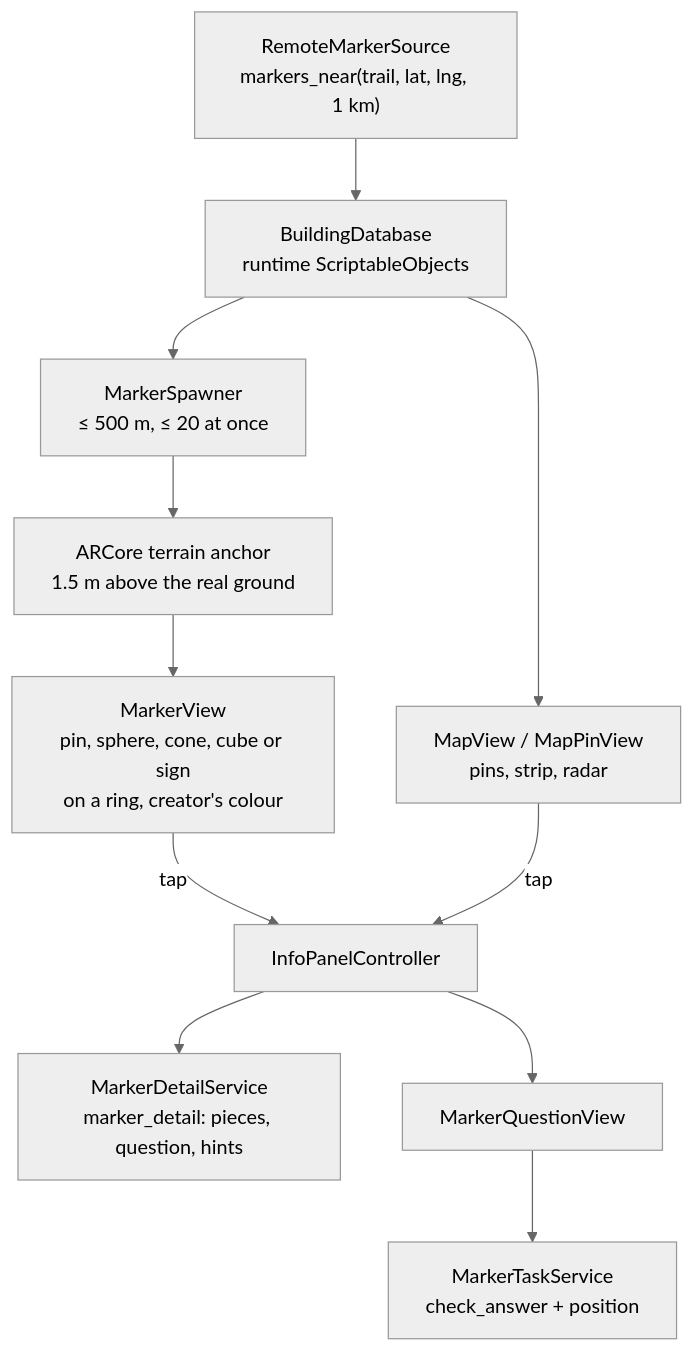
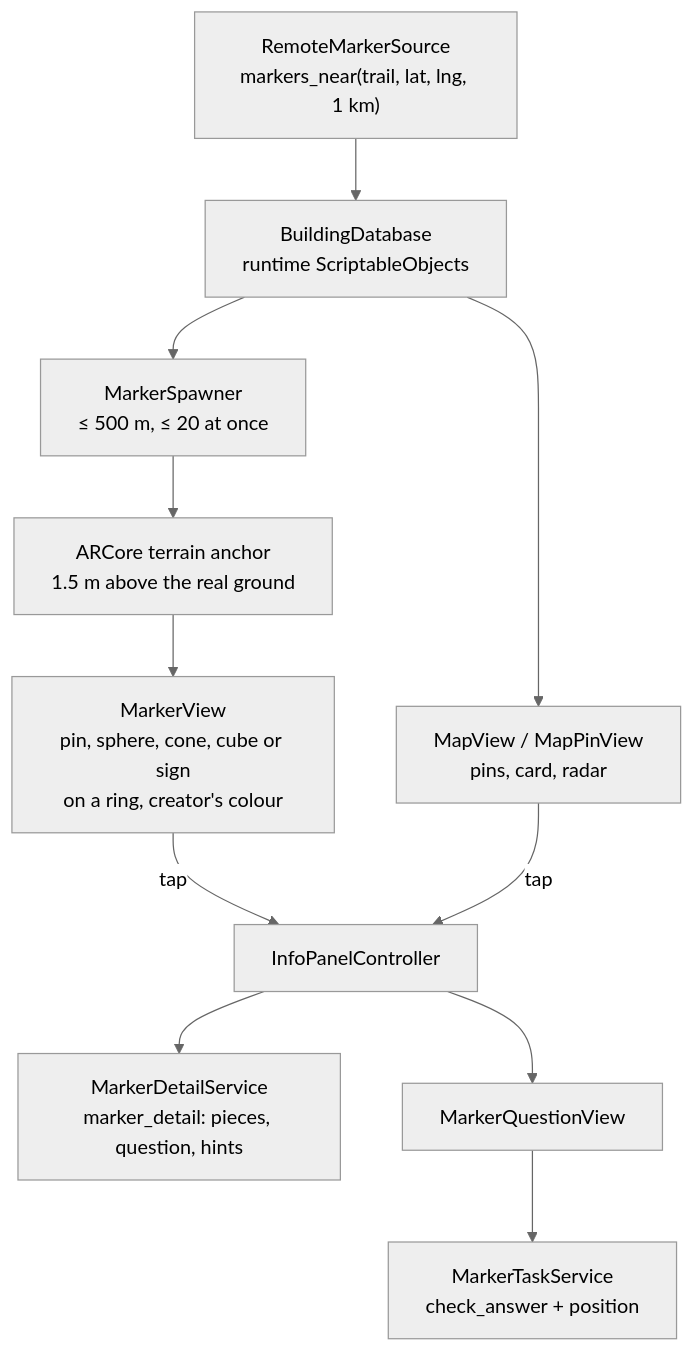
Before and after one commit to ZalexZal/meARc: the second of 2 diagrams in README.md, drawn with Mermaid (neutral theme). The commit also changed other lines of this file and 8 other files, not shown here.

````diff
--- a/README.md
+++ b/README.md
@@ -321,13 +347,13 @@
 ```mermaid
 flowchart TD
     RMS["RemoteMarkerSource<br/>markers_near(trail, lat, lng, 1 km)"] --> BD["BuildingDatabase<br/>runtime ScriptableObjects"]
-    BD --> MAP["MapView / MapPinView<br/>pins, strip, radar"]
+    BD --> MAP["MapView / MapPinView<br/>pins, card, radar"]
     BD --> SP["MarkerSpawner<br/>≤ 500 m, ≤ 20 at once"]
     SP --> AN["ARCore terrain anchor<br/>1.5 m above the real ground"]
     AN --> MV["MarkerView<br/>pin, sphere, cone, cube or sign<br/>on a ring, creator's colour"]
     MV -- tap --> IP["InfoPanelController"]
     MAP -- tap --> IP
     IP --> MD["MarkerDetailService<br/>marker_detail: pieces, question, hints"]
     IP --> Q["MarkerQuestionView"]
     Q --> MT["MarkerTaskService<br/>check_answer + position"]
 ```
````
